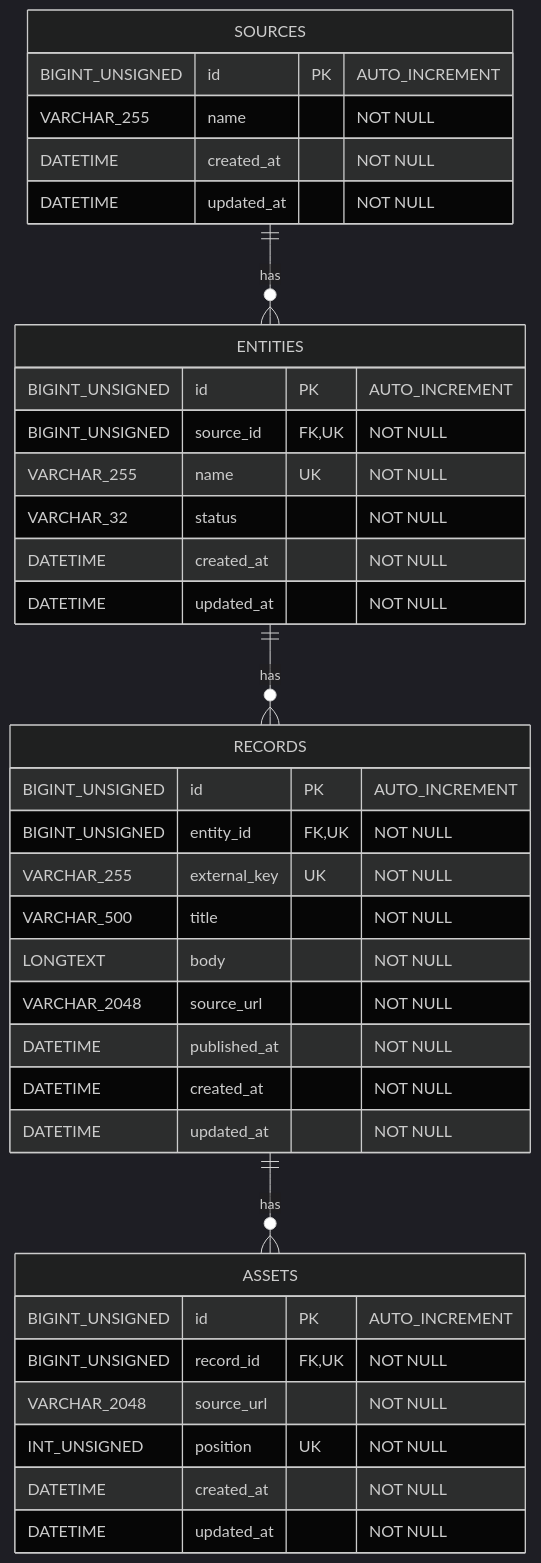
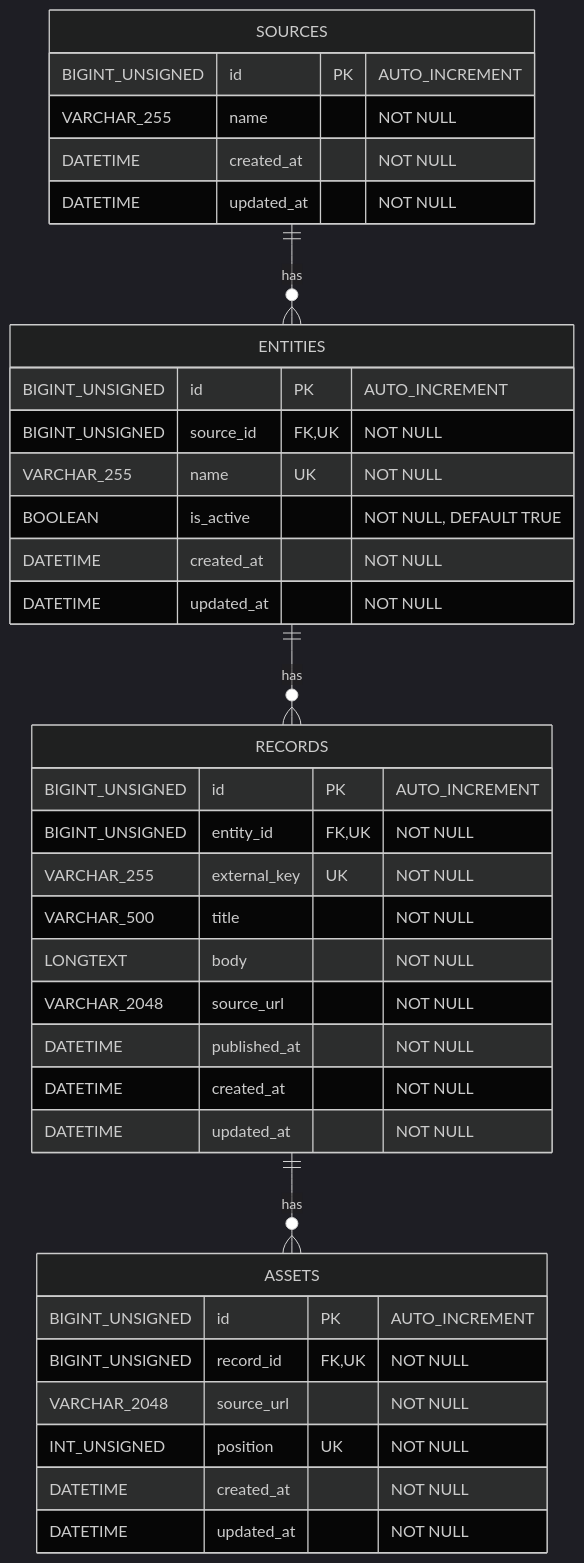
Before and after one commit to kishimin/slope-collector: the diagram in docs/db/er-diagram.md, drawn with Mermaid (dark theme). The commit also changed other lines of this file, not shown here.

Commit message:
docs: use boolean entity active flag

````diff
--- a/docs/db/er-diagram.md
+++ b/docs/db/er-diagram.md
@@ -3,43 +3,43 @@
 ```mermaid
 erDiagram
     SOURCES ||--o{ ENTITIES : has
     ENTITIES ||--o{ RECORDS : has
     RECORDS ||--o{ ASSETS : has
 
     SOURCES {
         BIGINT_UNSIGNED id PK "AUTO_INCREMENT"
         VARCHAR_255 name "NOT NULL"
         DATETIME created_at "NOT NULL"
         DATETIME updated_at "NOT NULL"
     }
 
     ENTITIES {
         BIGINT_UNSIGNED id PK "AUTO_INCREMENT"
         BIGINT_UNSIGNED source_id FK,UK "NOT NULL"
         VARCHAR_255 name UK "NOT NULL"
-        VARCHAR_32 status "NOT NULL"
+        BOOLEAN is_active "NOT NULL, DEFAULT TRUE"
         DATETIME created_at "NOT NULL"
         DATETIME updated_at "NOT NULL"
     }
 
     RECORDS {
         BIGINT_UNSIGNED id PK "AUTO_INCREMENT"
         BIGINT_UNSIGNED entity_id FK,UK "NOT NULL"
         VARCHAR_255 external_key UK "NOT NULL"
         VARCHAR_500 title "NOT NULL"
         LONGTEXT body "NOT NULL"
         VARCHAR_2048 source_url "NOT NULL"
         DATETIME published_at "NOT NULL"
         DATETIME created_at "NOT NULL"
         DATETIME updated_at "NOT NULL"
     }
 
     ASSETS {
         BIGINT_UNSIGNED id PK "AUTO_INCREMENT"
         BIGINT_UNSIGNED record_id FK,UK "NOT NULL"
         VARCHAR_2048 source_url "NOT NULL"
         INT_UNSIGNED position UK "NOT NULL"
         DATETIME created_at "NOT NULL"
         DATETIME updated_at "NOT NULL"
     }
 ```
````
